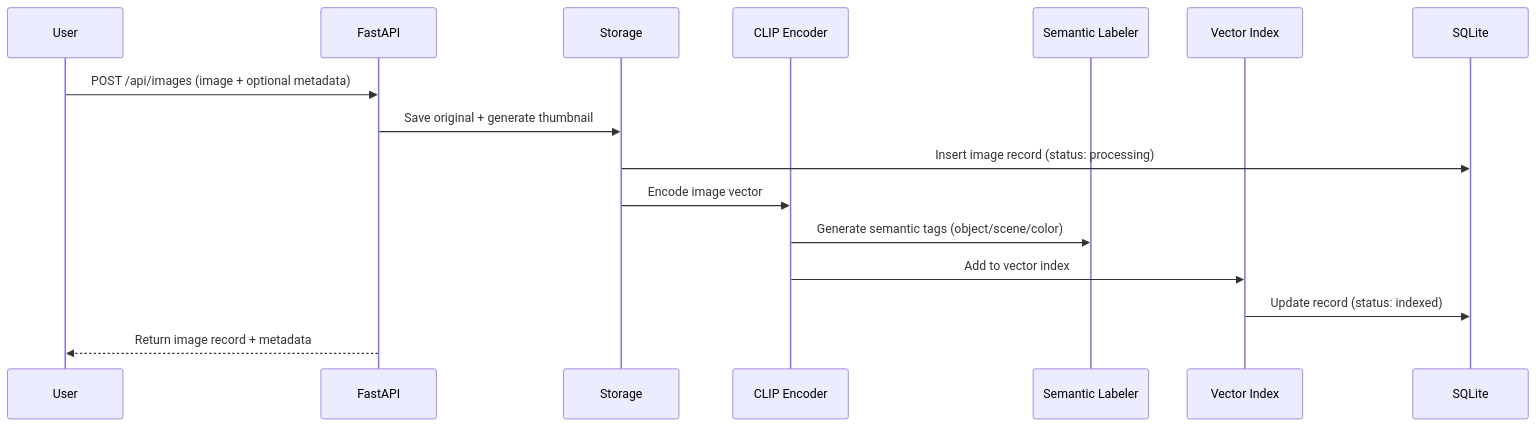
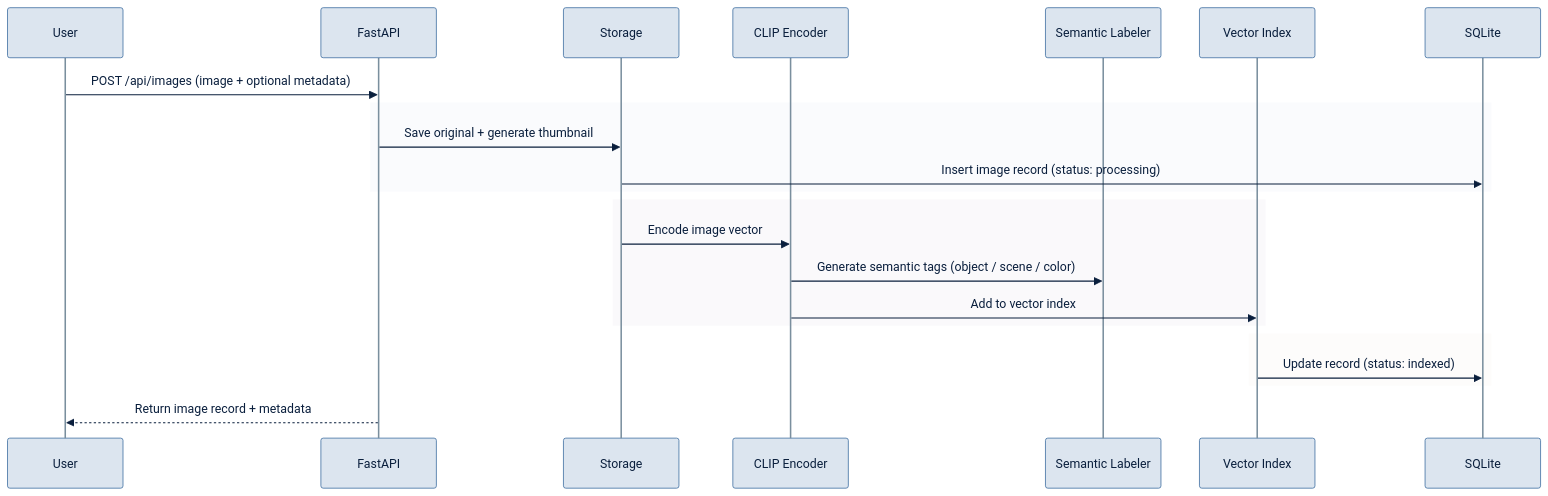
The second of 3 diagrams in README.en.md (MangolDurian/RecallLens), drawn with Mermaid before and after one commit. The commit also changed other lines of this file and 1 other file, not shown here.

First line of the commit message:
优化 Mermaid 流程图样式：墨水/纸张色系 + 分层色卡

````diff
--- a/README.en.md
+++ b/README.en.md
@@ -73,19 +79,26 @@
 ```mermaid
+%%{init:{"theme":"base","themeVariables":{"primaryTextColor":"#0a1f3d","lineColor":"#7a8f9e","actorTextColor":"#0a1f3d","actorBkg":"#dce5ef","actorBorder":"#3a6b9f","actorLineColor":"#7a8f9e","noteBkgColor":"#f5f0eb","noteTextColor":"#0a1f3d","noteBorderColor":"#a09080","labelBoxBkgColor":"#e2e8f0","labelBoxBorderColor":"#4a6278","labelTextColor":"#0a1f3d","loopTextColor":"#0a1f3d","fontFamily":"system-ui,sans-serif","fontSize":"13px"}}}%%
 sequenceDiagram
     participant U as User
     participant API as FastAPI
     participant S as Storage
     participant E as CLIP Encoder
     participant L as Semantic Labeler
     participant V as Vector Index
     participant DB as SQLite
 
     U->>API: POST /api/images (image + optional metadata)
-    API->>S: Save original + generate thumbnail
-    S->>DB: Insert image record (status: processing)
-    S->>E: Encode image vector
-    E->>L: Generate semantic tags (object/scene/color)
-    E->>V: Add to vector index
-    V->>DB: Update record (status: indexed)
+    rect rgba(220, 229, 239, 0.15)
+        API->>S: Save original + generate thumbnail
+        S->>DB: Insert image record (status: processing)
+    end
+    rect rgba(230, 223, 232, 0.2)
+        S->>E: Encode image vector
+        E->>L: Generate semantic tags (object / scene / color)
+        E->>V: Add to vector index
+    end
+    rect rgba(237, 232, 224, 0.15)
+        V->>DB: Update record (status: indexed)
+    end
     API-->>U: Return image record + metadata
 ```
````
